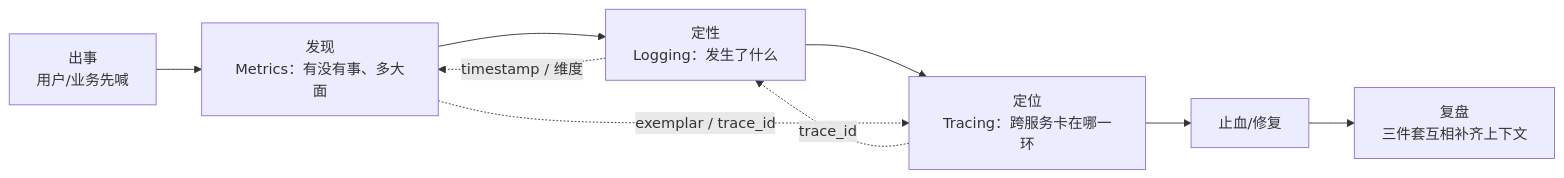
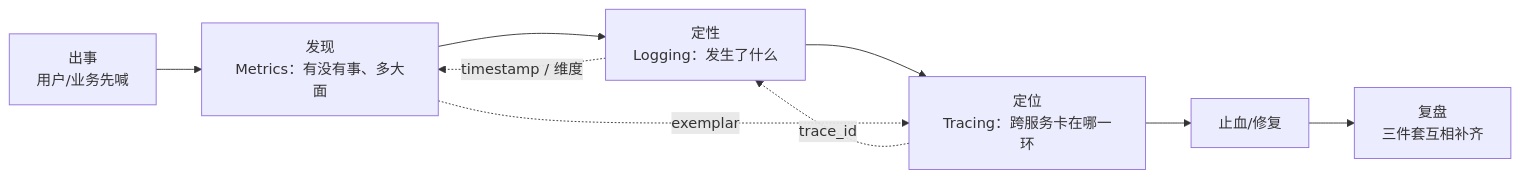
One commit to ml-cuizijun/LearnToLilith changed the first of 5 diagrams in 09-可观测性与SRE方法论/01-可观测性三件套与选型/知识点.md. Above: the diagram before and after it, drawn with Mermaid. The commit also changed other lines of this file and 178 other files, not shown here.

````diff
--- a/09-可观测性与SRE方法论/01-可观测性三件套与选型/知识点.md
+++ b/09-可观测性与SRE方法论/01-可观测性三件套与选型/知识点.md
@@ -21,11 +14,11 @@
 ```mermaid
 flowchart LR
     INCIDENT["出事<br/>用户/业务先喊"] --> METRICS["发现<br/>Metrics：有没有事、多大面"]
     METRICS --> LOGGING["定性<br/>Logging：发生了什么"]
     LOGGING --> TRACING["定位<br/>Tracing：跨服务卡在哪一环"]
     TRACING --> FIX["止血/修复"]
-    FIX --> REVIEW["复盘<br/>三件套互相补齐上下文"]
-    METRICS -.->|exemplar / trace_id| TRACING
+    FIX --> REVIEW["复盘<br/>三件套互相补齐"]
+    METRICS -.->|exemplar| TRACING
     TRACING -.->|trace_id| LOGGING
     LOGGING -.->|timestamp / 维度| METRICS
 ```
````
